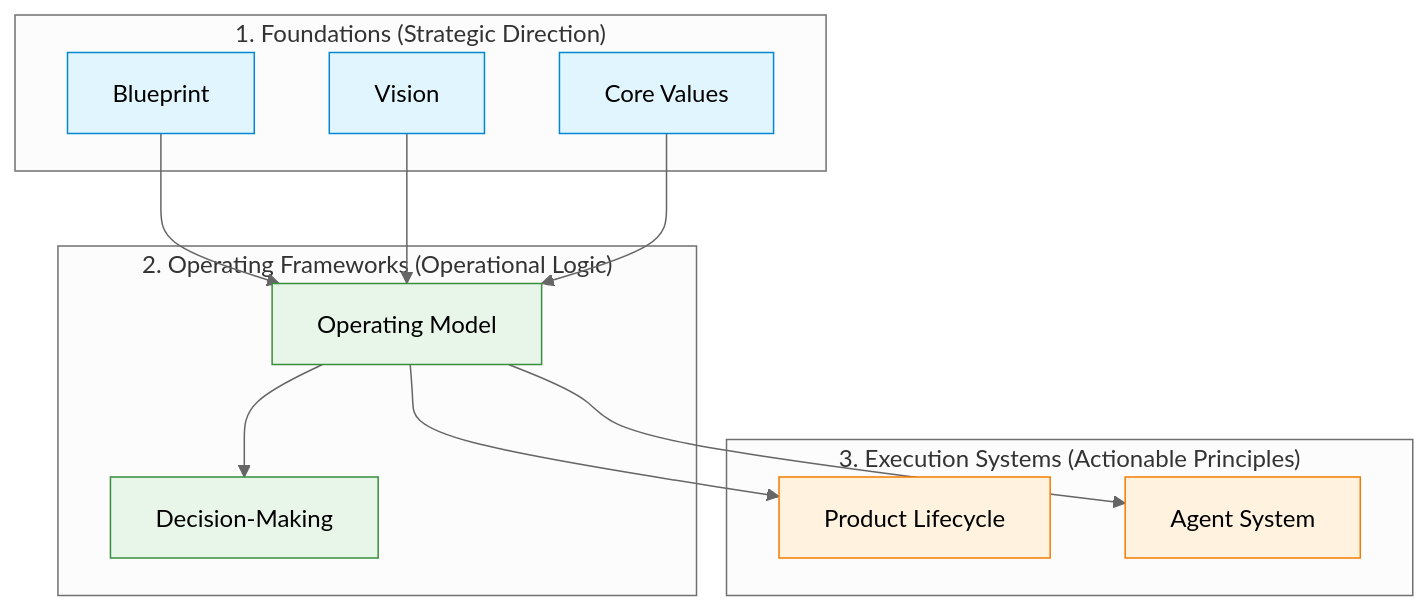
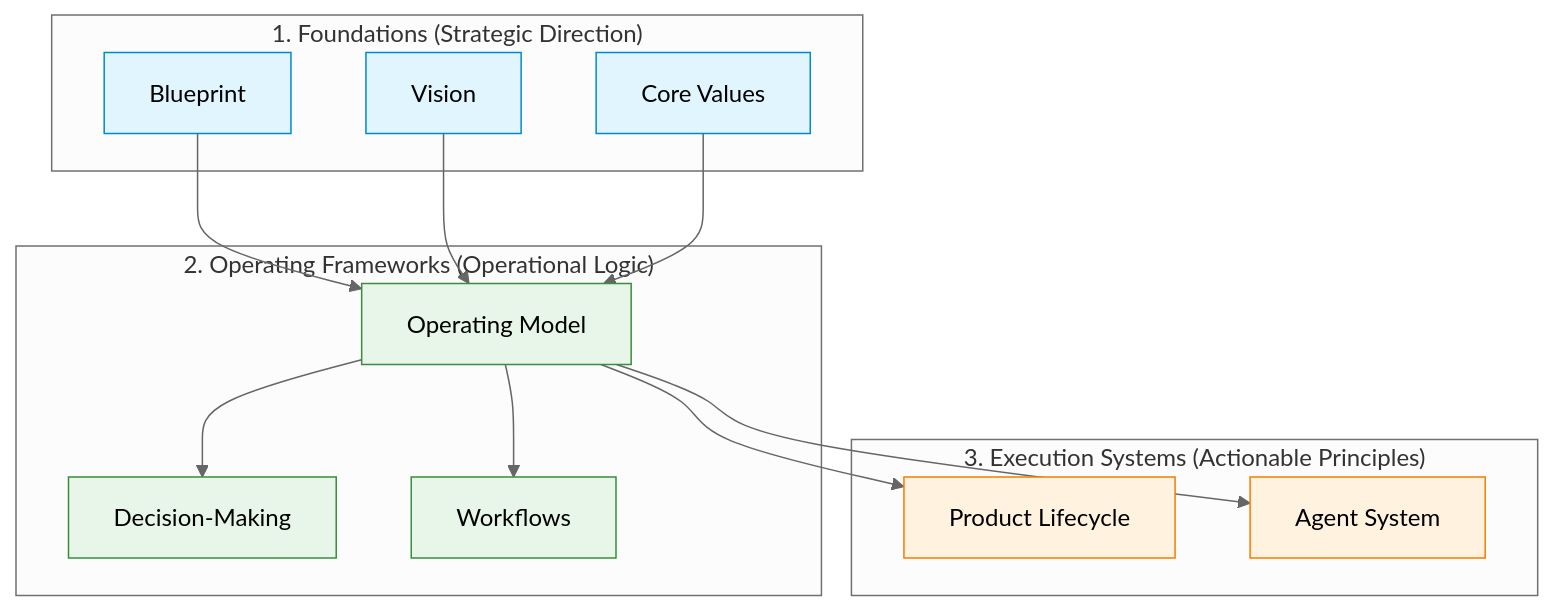
The diagram in docs/README.md (vectorlabs-studio/vectorlabs-studio), drawn with Mermaid (neutral theme) before and after one commit. The commit also changed other lines of this file, not shown here.

Commit message:
docs: include WORKFLOWS.md in handbook README

````diff
--- a/docs/README.md
+++ b/docs/README.md
@@ -23,30 +23,32 @@
 ```mermaid
 graph TD
     classDef default fill:#f9f9f9,stroke:#333,stroke-width:1px;
     classDef foundation fill:#e1f5fe,stroke:#0288d1,stroke-width:1px;
     classDef framework fill:#e8f5e9,stroke:#388e3c,stroke-width:1px;
     classDef execution fill:#fff3e0,stroke:#f57c00,stroke-width:1px;
 
     subgraph Foundations ["1. Foundations (Strategic Direction)"]
         blueprint["Blueprint"]:::foundation
         vision["Vision"]:::foundation
         values["Core Values"]:::foundation
     end
 
     subgraph Frameworks ["2. Operating Frameworks (Operational Logic)"]
         op_model["Operating Model"]:::framework
         dec_making["Decision-Making"]:::framework
+        workflows["Workflows"]:::framework
     end
 
     subgraph Execution ["3. Execution Systems (Actionable Principles)"]
         lifecycle["Product Lifecycle"]:::execution
         agents["Agent System"]:::execution
     end
 
     blueprint --> op_model
     vision --> op_model
     values --> op_model
     op_model --> dec_making
+    op_model --> workflows
     op_model --> lifecycle
     op_model --> agents
 ```
````
